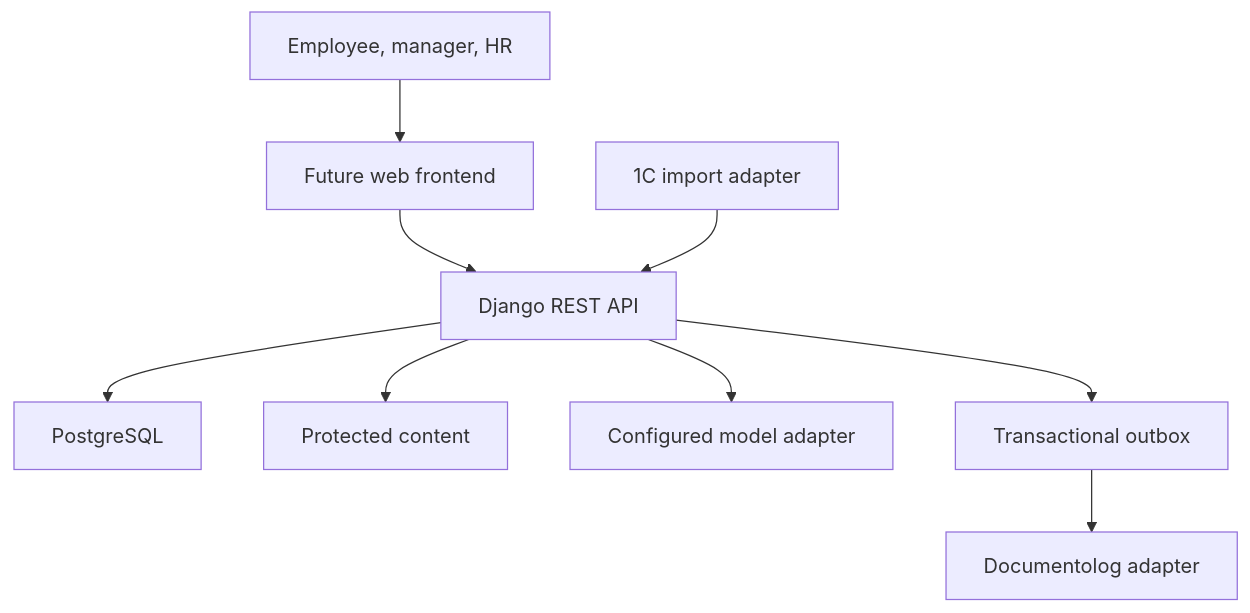
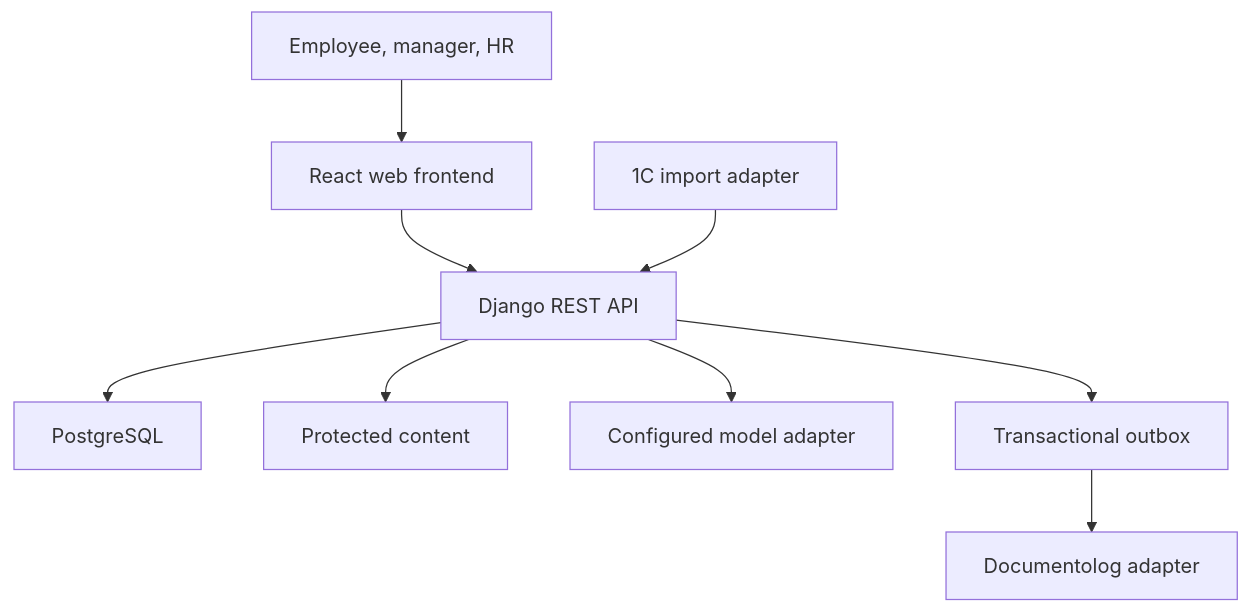
One commit to Yerlan110110/Jana changed the first of 2 diagrams in docs/architecture/system.md. Above: the diagram before and after it, drawn with Mermaid. The commit also changed other lines of this file and 5 other files, not shown here.

````diff
--- a/docs/architecture/system.md
+++ b/docs/architecture/system.md
@@ -14,11 +14,11 @@
 ```mermaid
 flowchart TB
-    User["Employee, manager, HR"] --> Web["Future web frontend"]
+    User["Employee, manager, HR"] --> Web["React web frontend"]
     Web --> API["Django REST API"]
     API --> DB["PostgreSQL"]
     API --> Files["Protected content"]
     API --> AI["Configured model adapter"]
     API --> Outbox["Transactional outbox"]
     Import["1C import adapter"] --> API
     Outbox --> Export["Documentolog adapter"]
 ```
````
